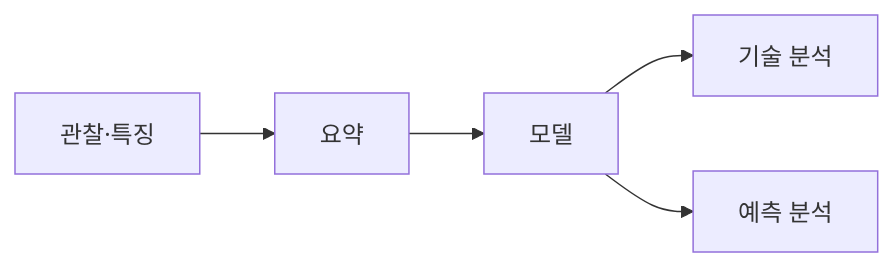
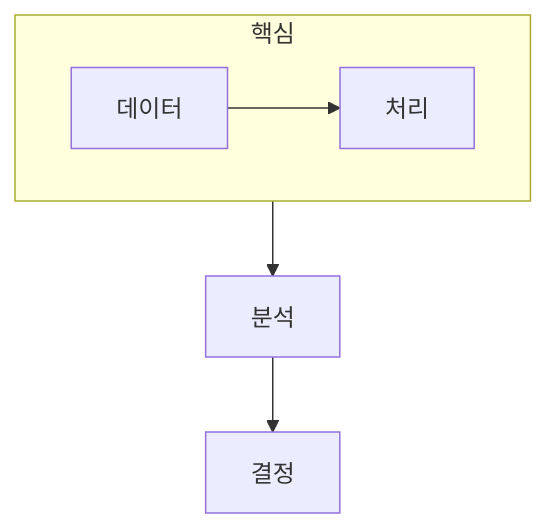
One commit to umyunsang/edu changed the diagram in ComputerScience/03_ai-ml-data/big-data-analysis/notes/01. 빅데이터 분석의 범위.md. Above: the diagram before and after it, drawn with Mermaid. The commit also changed other lines of this file and 9 other files, not shown here.

````diff
--- a/ComputerScience/03_ai-ml-data/big-data-analysis/notes/01. 빅데이터 분석의 범위.md
+++ b/ComputerScience/03_ai-ml-data/big-data-analysis/notes/01. 빅데이터 분석의 범위.md
@@ -34,7 +21,9 @@
 ```mermaid
-flowchart LR
-    A["관찰·특징"] --> B["요약"]
-    B --> C["모델"]
-    C --> D["기술 분석"]
-    C --> E["예측 분석"]
+flowchart TB
+    subgraph Core[핵심]
+        direction LR
+        A[데이터] --> B[처리]
+    end
+    B --> C[분석]
+    C --> D[결정]
 ```
````
